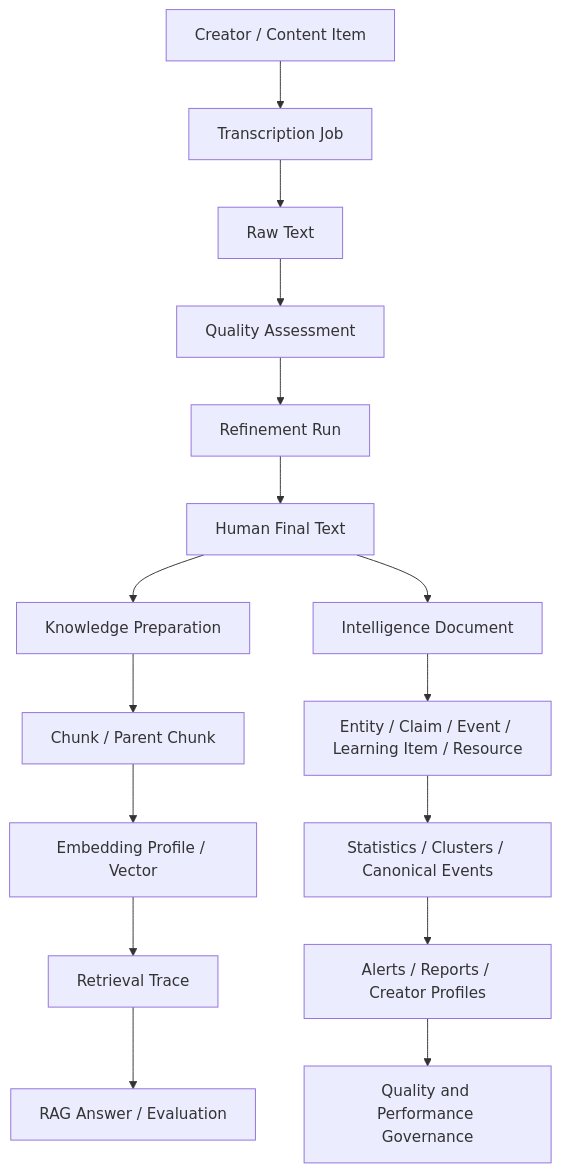
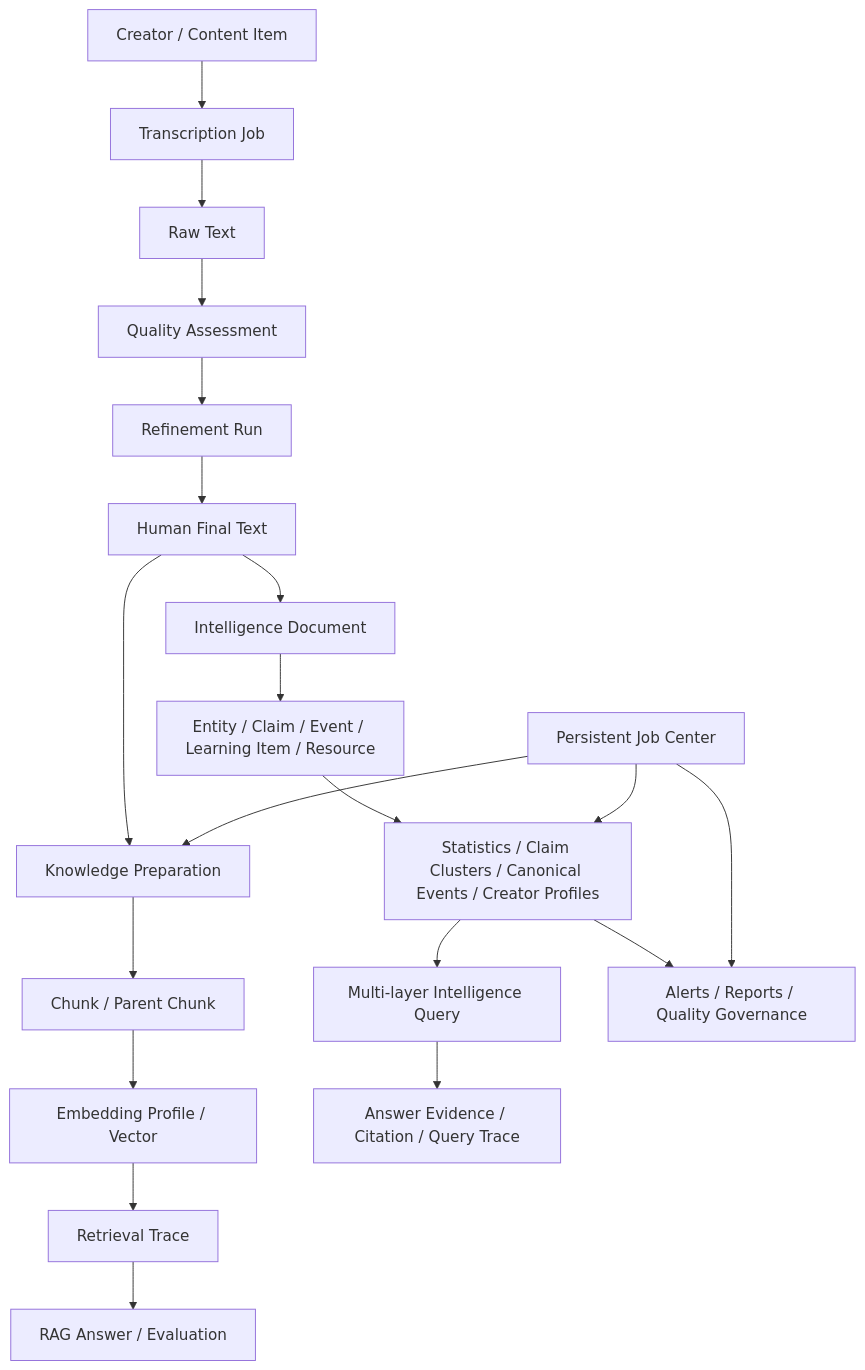
One commit to njustwbl/douyin-creator-link-collector changed the diagram in ARCHITECTURE.md. Above: the diagram before and after it, drawn with Mermaid. The commit also changed other lines of this file and 13 other files, not shown here.

````diff
--- a/ARCHITECTURE.md
+++ b/ARCHITECTURE.md
@@ -38,18 +40,22 @@
 ```mermaid
 flowchart TD
     A[Creator / Content Item] --> B[Transcription Job]
     B --> C[Raw Text]
     C --> D[Quality Assessment]
     D --> E[Refinement Run]
     E --> F[Human Final Text]
     F --> G[Knowledge Preparation]
     G --> H[Chunk / Parent Chunk]
     H --> I[Embedding Profile / Vector]
     I --> J[Retrieval Trace]
     J --> K[RAG Answer / Evaluation]
     F --> L[Intelligence Document]
     L --> M[Entity / Claim / Event / Learning Item / Resource]
-    M --> N[Statistics / Clusters / Canonical Events]
-    N --> O[Alerts / Reports / Creator Profiles]
-    O --> P[Quality and Performance Governance]
+    M --> N[Statistics / Claim Clusters / Canonical Events / Creator Profiles]
+    N --> O[Multi-layer Intelligence Query]
+    O --> P[Answer Evidence / Citation / Query Trace]
+    N --> Q[Alerts / Reports / Quality Governance]
+    R[Persistent Job Center] --> G
+    R --> N
+    R --> Q
 ```
````
